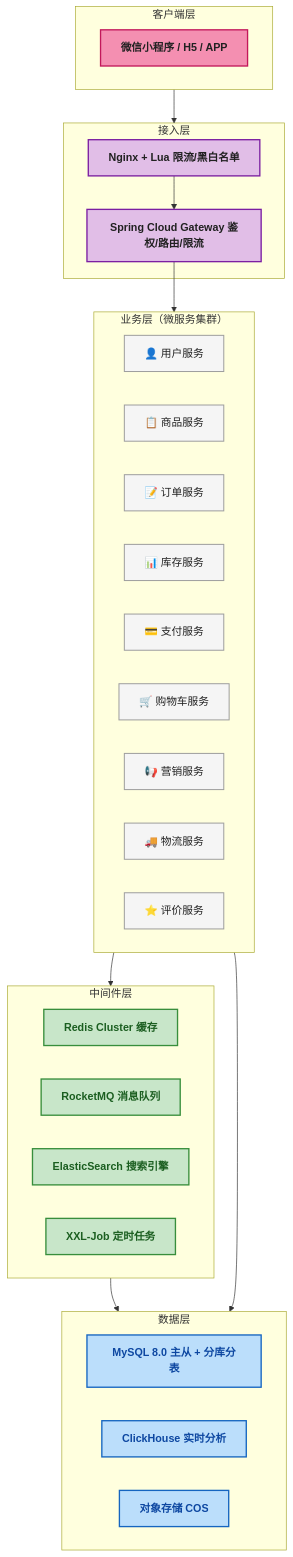
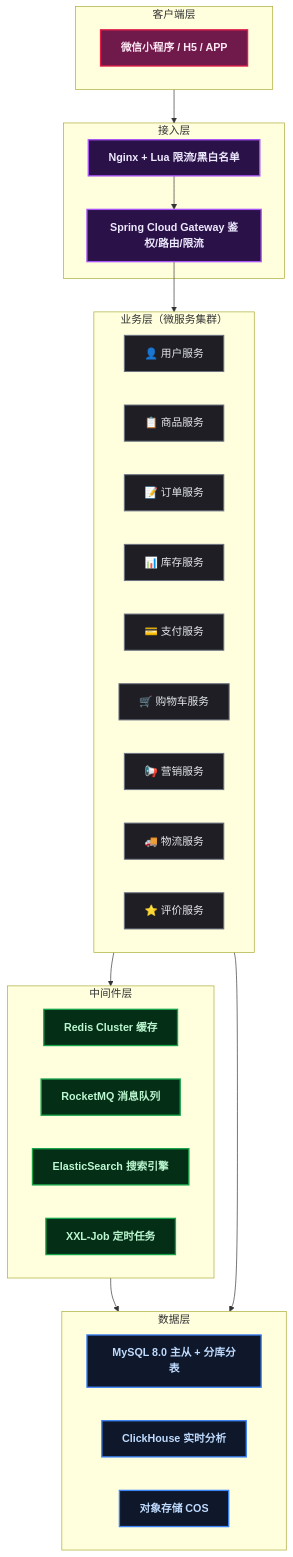
Before and after one commit to yaocat55/yaocat55.github.io: the third of 10 diagrams in content/posts/architecture/EcommerceSystemArchitecture.md, drawn with Mermaid. The commit also changed other lines of this file and 155 other files, not shown here.

````diff
--- a/content/posts/architecture/EcommerceSystemArchitecture.md
+++ b/content/posts/architecture/EcommerceSystemArchitecture.md
@@ -171,64 +171,64 @@
 ```mermaid
 flowchart TD
     %% ==========================================
     %% 样式定义
     %% ==========================================
-    classDef client fill:#F48FB1,stroke:#C2185B,stroke-width:2px,color:#212121,font-weight:bold;
-    classDef gateway fill:#E1BEE7,stroke:#7B1FA2,stroke-width:2px,color:#212121,font-weight:bold;
-    classDef service fill:#F5F5F5,stroke:#9E9E9E,stroke-width:1.5px,color:#212121;
-    classDef middleware fill:#C8E6C9,stroke:#388E3C,stroke-width:2px,color:#1B5E20,font-weight:bold;
-    classDef data fill:#BBDEFB,stroke:#1565C0,stroke-width:2px,color:#0D47A1,font-weight:bold;
+classDef client fill:#701a4c,stroke:#e11d48,stroke-width:2px,color:#fce7f3,font-weight:bold;;
+classDef gateway fill:#2a1147,stroke:#a855f7,stroke-width:2px,color:#ede9fe,font-weight:bold;;
+classDef service fill:#1e1e24,stroke:#6b7280,stroke-width:1.5px,color:#e5e7eb;
+classDef middleware fill:#052e16,stroke:#16a34a,stroke-width:2px,color:#bbf7d0,font-weight:bold;;
+classDef data fill:#0f172a,stroke:#3b82f6,stroke-width:2px,color:#bfdbfe,font-weight:bold;;
 
     %% ==========================================
     %% 四层架构
     %% ==========================================
     subgraph L1 ["客户端层"]
         MINI[微信小程序 / H5 / APP]
     end
 
     subgraph L2 ["接入层"]
         NGINX[Nginx + Lua 限流/黑白名单]
         GATEWAY[Spring Cloud Gateway 鉴权/路由/限流]
         NGINX --> GATEWAY
     end
 
     subgraph L3 ["业务层（微服务集群）"]
         direction LR
         USER[👤 用户服务]
         PRODUCT[📋 商品服务]
         ORDER[📝 订单服务]
         STOCK[📊 库存服务]
         PAY[💳 支付服务]
         CART_SVC[🛒 购物车服务]
         MARKET[📢 营销服务]
         LOGISTICS[🚚 物流服务]
         REVIEW[⭐ 评价服务]
     end
 
     subgraph L4 ["中间件层"]
         direction LR
         REDIS[Redis Cluster 缓存]
         MQ[RocketMQ 消息队列]
         ES[ElasticSearch 搜索引擎]
         JOB[XXL-Job 定时任务]
     end
 
     subgraph L5 ["数据层"]
         direction LR
         MYSQL[MySQL 8.0 主从 + 分库分表]
         CK[ClickHouse 实时分析]
         COS[对象存储 COS]
     end
 
     L1 --> L2
     GATEWAY --> L3
     L3 --> L4
     L4 --> L5
     L3 --> L5
 
     class MINI client;
     class NGINX,GATEWAY gateway;
     class USER,PRODUCT,ORDER,STOCK,PAY,CART_SVC,MARKET,LOGISTICS,REVIEW service;
     class REDIS,MQ,ES,JOB middleware;
     class MYSQL,CK,COS data;
 ```
````
